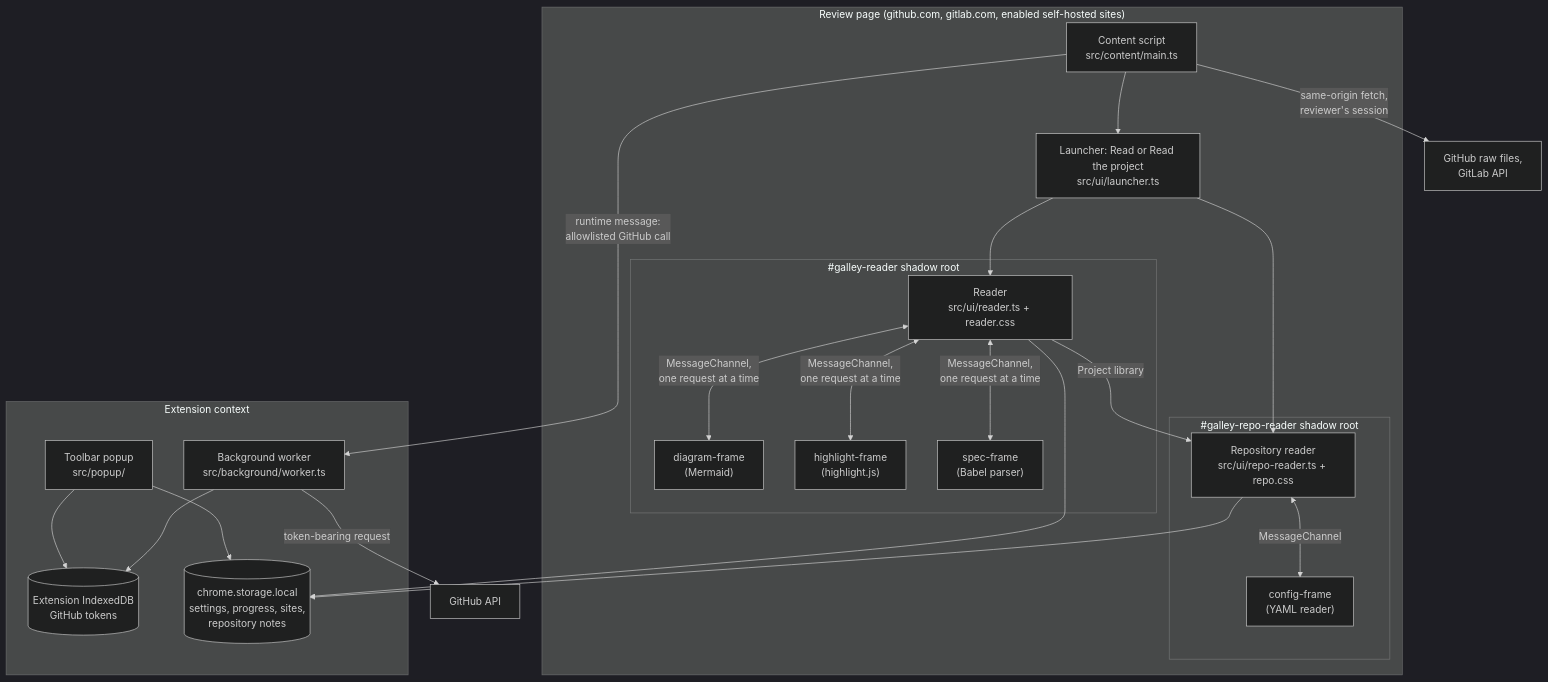
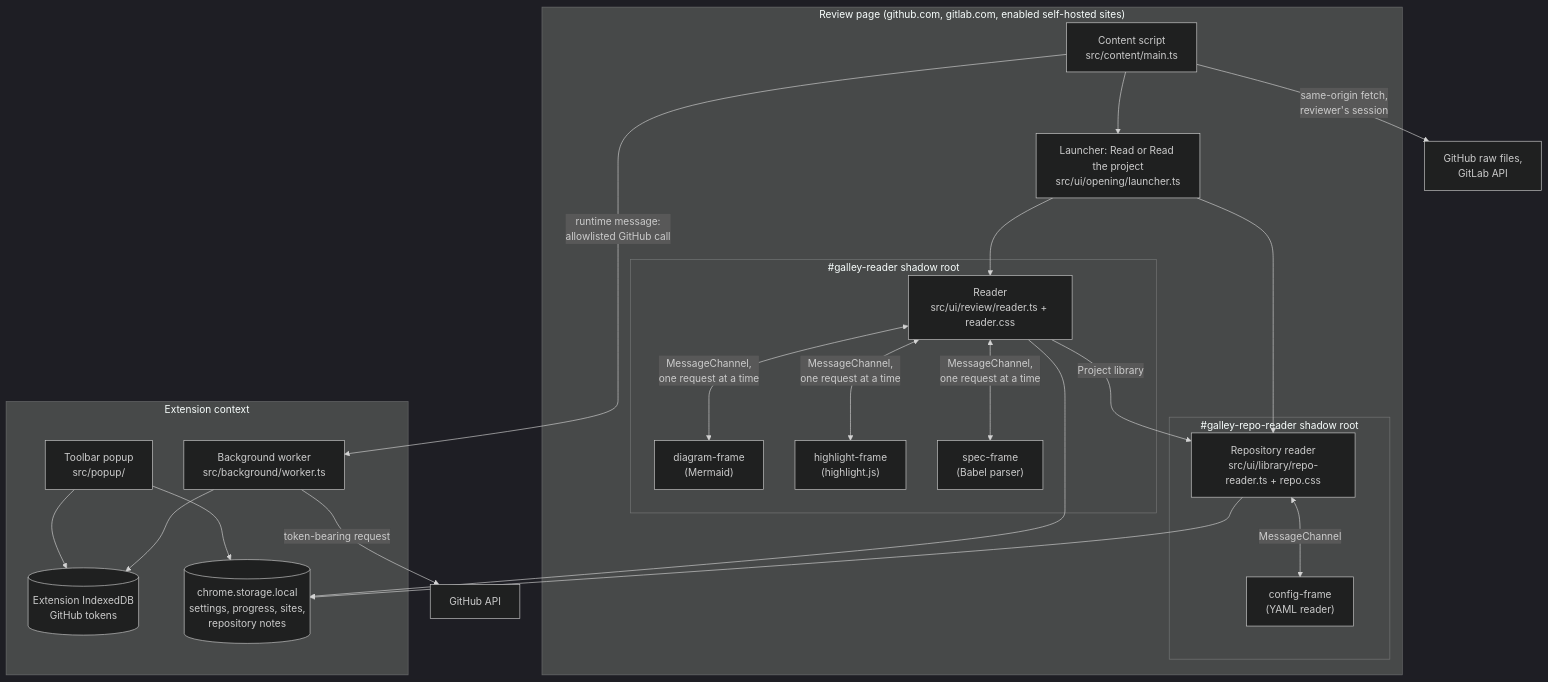
The second of 5 diagrams in docs/architecture/README.md (m9sh/galley), drawn with Mermaid (dark theme) before and after one commit. The commit also changed other lines of this file and 207 other files, not shown here.

````diff
--- a/docs/architecture/README.md
+++ b/docs/architecture/README.md
@@ -31,36 +31,36 @@
 ```mermaid
 flowchart TB
   subgraph Page["Review page (github.com, gitlab.com, enabled self-hosted sites)"]
     CS["Content script<br/>src/content/main.ts"]
-    L["Launcher: Read or Read the project<br/>src/ui/launcher.ts"]
+    L["Launcher: Read or Read the project<br/>src/ui/opening/launcher.ts"]
     subgraph Shadow["#galley-reader shadow root"]
-      RD["Reader<br/>src/ui/reader.ts + reader.css"]
+      RD["Reader<br/>src/ui/review/reader.ts + reader.css"]
       DF["diagram-frame<br/>(Mermaid)"]
       HF["highlight-frame<br/>(highlight.js)"]
       SF["spec-frame<br/>(Babel parser)"]
     end
     subgraph RepoShadow["#galley-repo-reader shadow root"]
-      RR["Repository reader<br/>src/ui/repo-reader.ts + repo.css"]
+      RR["Repository reader<br/>src/ui/library/repo-reader.ts + repo.css"]
       CF["config-frame<br/>(YAML reader)"]
     end
   end
   subgraph Ext["Extension context"]
     W["Background worker<br/>src/background/worker.ts"]
     PU["Toolbar popup<br/>src/popup/"]
     DB[("Extension IndexedDB<br/>GitHub tokens")]
     ST[("chrome.storage.local<br/>settings, progress, sites,<br/>repository notes")]
   end
   CS --> L --> RD
   L --> RR
   RD -- "Project library" --> RR
   RD <-- "MessageChannel,<br/>one request at a time" --> DF & HF & SF
   RR <-- "MessageChannel" --> CF
   RR --> ST
   CS -- "runtime message:<br/>allowlisted GitHub call" --> W
   W --> DB
   PU --> DB
   PU --> ST
   RD --> ST
   W -- "token-bearing request" --> GH["GitHub API"]
   CS -- "same-origin fetch,<br/>reviewer's session" --> PL["GitHub raw files,<br/>GitLab API"]
 ```
````
